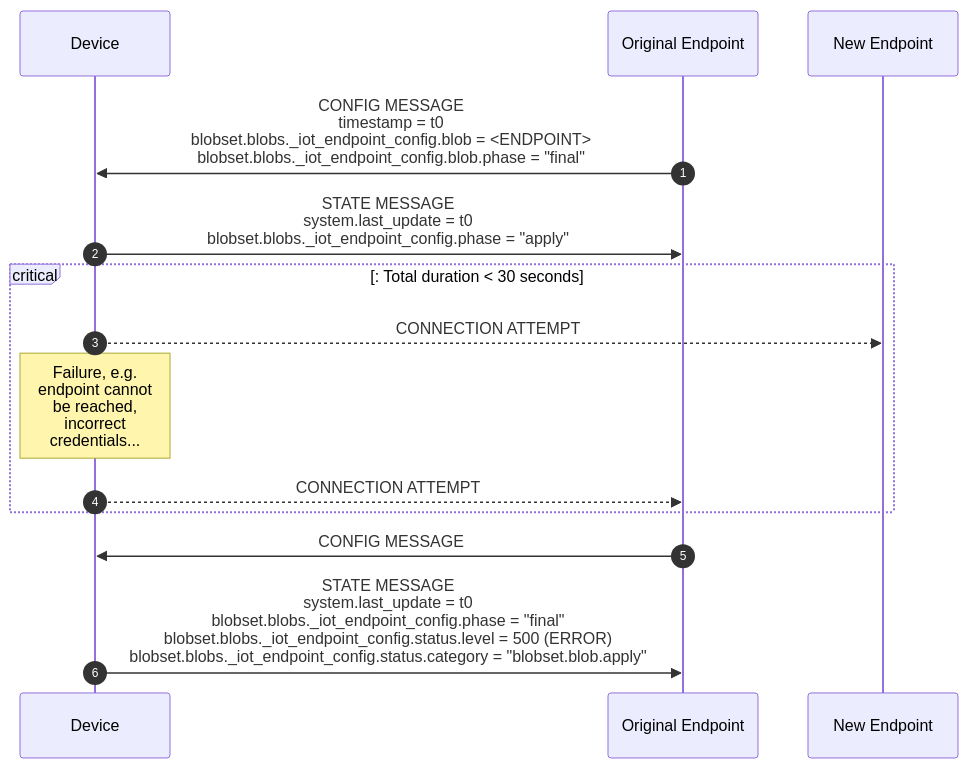
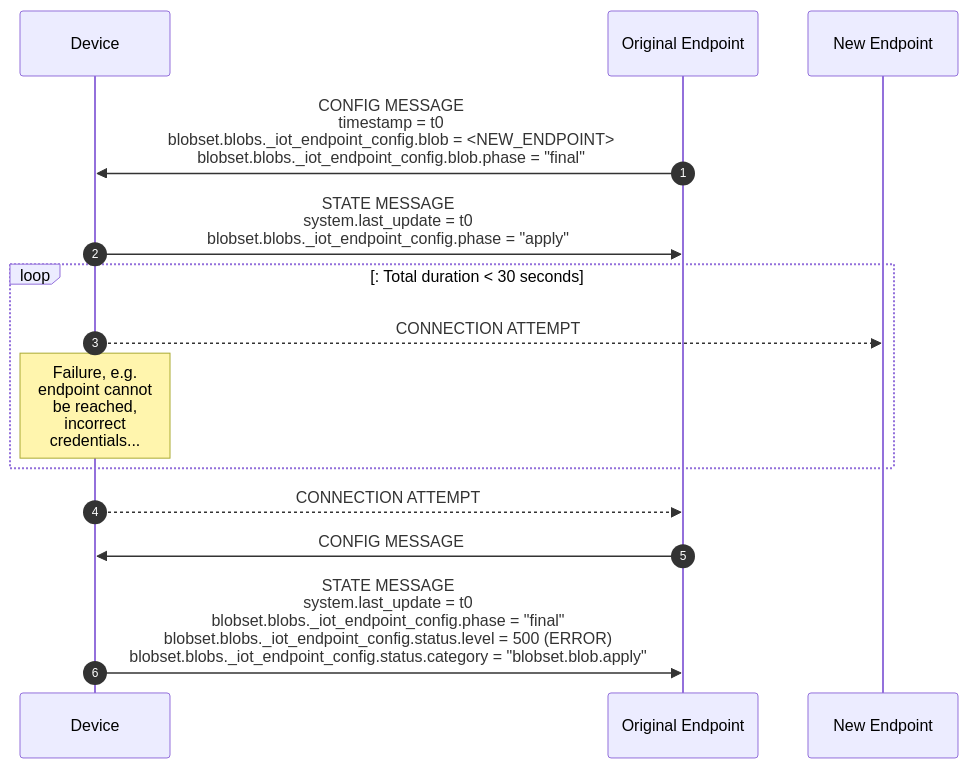
One commit to faucetsdn/udmi changed the second of 2 diagrams in docs/specs/sequences/endpoint_reconfiguration.md. Above: the diagram before and after it, drawn with Mermaid. The commit also changed other lines of this file and 1 other file, not shown here.

````diff
--- a/docs/specs/sequences/endpoint_reconfiguration.md
+++ b/docs/specs/sequences/endpoint_reconfiguration.md
@@ -40,18 +40,18 @@
 ```mermaid
 %%{wrap}%%
 sequenceDiagram
     autonumber
     participant D as Device
     participant E as Original Endpoint
     participant E' as New Endpoint
-    E->>D:CONFIG MESSAGE<br/>timestamp = t0<br/>blobset.blobs._iot_endpoint_config.blob = <ENDPOINT><br>blobset.blobs._iot_endpoint_config.blob.phase = "final"
+    E->>D:CONFIG MESSAGE<br/>timestamp = t0<br/>blobset.blobs._iot_endpoint_config.blob = <NEW_ENDPOINT><br>blobset.blobs._iot_endpoint_config.blob.phase = "final"
     D->>E:STATE MESSAGE<br/>system.last_update = t0<br/>blobset.blobs._iot_endpoint_config.phase = "apply"
-    critical: Total duration < 30 seconds
+    loop: Total duration < 30 seconds
     D-->>E':CONNECTION ATTEMPT
     note over D: Failure, e.g. endpoint cannot be reached, incorrect credentials...
-    D-->>E:CONNECTION ATTEMPT 
     end
+    D-->>E:CONNECTION ATTEMPT
     E->>D:CONFIG MESSAGE
     D->>E:STATE MESSAGE<br/>system.last_update = t0 <br/>blobset.blobs._iot_endpoint_config.phase = "final"<br/>blobset.blobs._iot_endpoint_config.status.level = 500 (ERROR)<br/>blobset.blobs._iot_endpoint_config.status.category = "blobset.blob.apply"
 
 ```
````
